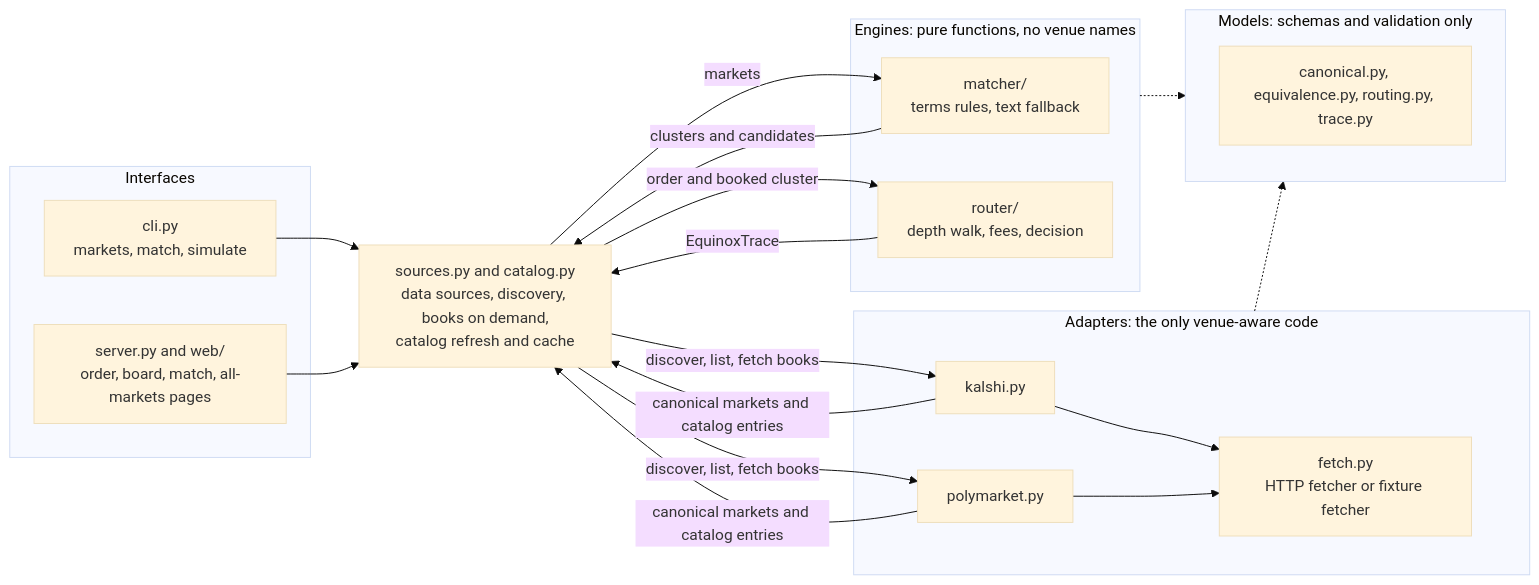
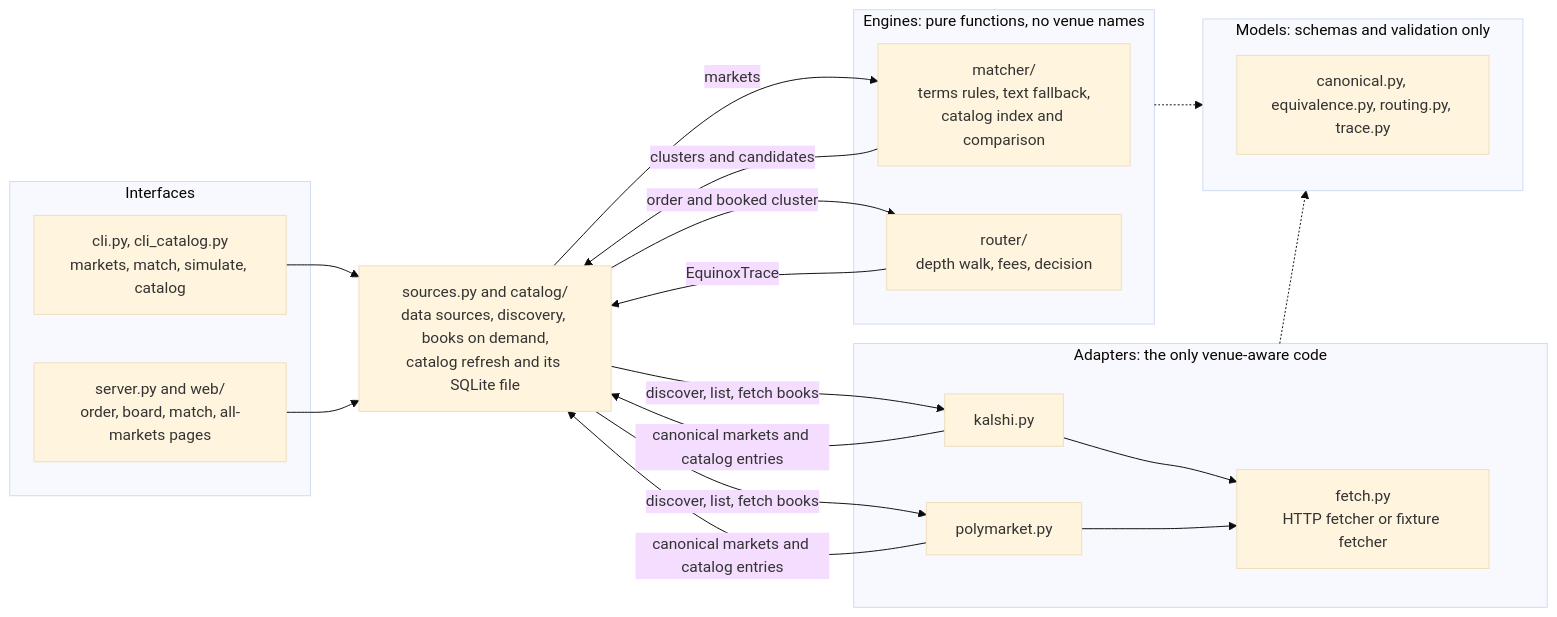
The first of 3 diagrams in docs/architecture.md (joshuatagoe/project-equinox), drawn with Mermaid (base theme) before and after one commit. The commit also changed other lines of this file and 27 other files, not shown here.

````diff
--- a/docs/architecture.md
+++ b/docs/architecture.md
@@ -69,30 +69,30 @@
 ```mermaid
 flowchart LR
     subgraph IN["Interfaces"]
-        CLI["cli.py<br/>markets, match, simulate"]
+        CLI["cli.py, cli_catalog.py<br/>markets, match, simulate, catalog"]
         UI["server.py and web/<br/>order, board, match, all-markets pages"]
     end
-    SRC["sources.py and catalog.py<br/>data sources, discovery, books on demand,<br/>catalog refresh and cache"]
+    SRC["sources.py and catalog/<br/>data sources, discovery, books on demand,<br/>catalog refresh and its SQLite file"]
     subgraph AD["Adapters: the only venue-aware code"]
         K["kalshi.py"]
         P["polymarket.py"]
         F["fetch.py<br/>HTTP fetcher or fixture fetcher"]
     end
     subgraph EN["Engines: pure functions, no venue names"]
-        MA["matcher/<br/>terms rules, text fallback"]
+        MA["matcher/<br/>terms rules, text fallback,<br/>catalog index and comparison"]
         RO["router/<br/>depth walk, fees, decision"]
     end
     subgraph MO["Models: schemas and validation only"]
         CM["canonical.py, equivalence.py, routing.py, trace.py"]
     end
     CLI & UI --> SRC
     SRC -->|discover, list, fetch books| K & P
     K & P --> F
     K & P -->|canonical markets and catalog entries| SRC
     SRC -->|markets| MA
     MA -->|clusters and candidates| SRC
     SRC -->|order and booked cluster| RO
     RO -->|EquinoxTrace| SRC
     AD -.-> MO
     EN -.-> MO
 ```
````
